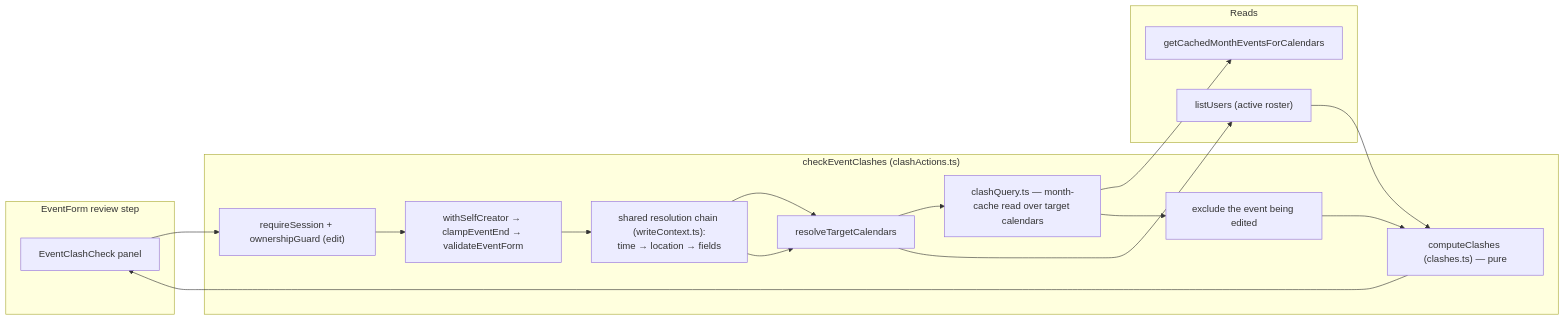
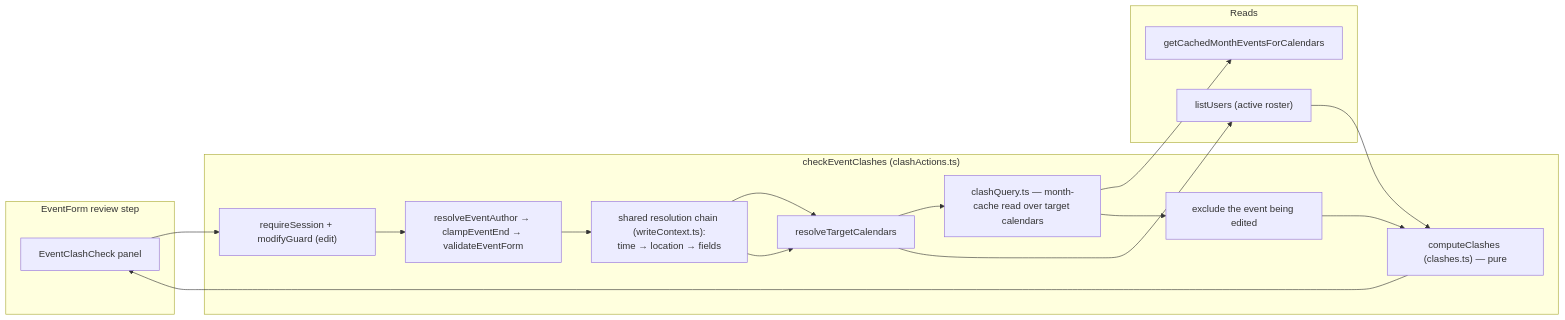
One commit to oncloudnintynineone-source/cloudy2 changed the diagram in docs/event-clashes.md. Above: the diagram before and after it, drawn with Mermaid. The commit also changed other lines of this file and 56 other files, not shown here.

````diff
--- a/docs/event-clashes.md
+++ b/docs/event-clashes.md
@@ -82,26 +81,26 @@
 ```mermaid
 flowchart LR
     subgraph CLIENT["EventForm review step"]
         P["EventClashCheck panel"]
     end
     subgraph SERVER["checkEventClashes (clashActions.ts)"]
-        S["requireSession + ownershipGuard (edit)"]
-        N["withSelfCreator → clampEventEnd → validateEventForm"]
+        S["requireSession + modifyGuard (edit)"]
+        N["resolveEventAuthor → clampEventEnd → validateEventForm"]
         R["shared resolution chain (writeContext.ts):<br/>time → location → fields"]
         T["resolveTargetCalendars"]
         Q["clashQuery.ts — month-cache read over target calendars"]
         X["exclude the event being edited"]
         C["computeClashes (clashes.ts) — pure"]
     end
     subgraph DATA["Reads"]
         E["getCachedMonthEventsForCalendars"]
         DB["listUsers (active roster)"]
     end
 
     P --> S --> N --> R --> T --> Q
     T --> DB
     Q --> E
     Q --> X --> C --> P
     R --> T
     DB --> C
 ```
````
